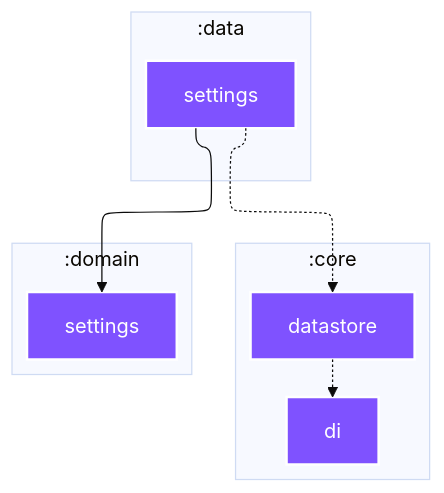
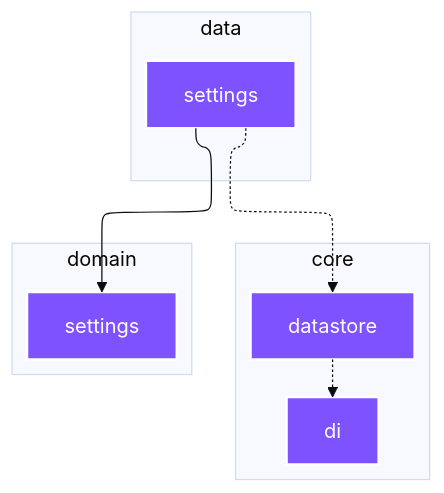
One commit to SimonMarquis/Android-Playground changed the diagram in data/settings/README.md. Above: the diagram before and after it, drawn with Mermaid (base theme). The commit also changed other lines of this file and 68 other files, not shown here.

````diff
--- a/data/settings/README.md
+++ b/data/settings/README.md
@@ -6,31 +6,31 @@
 ```mermaid
 ---
 config:
   layout: elk
   elk:
     nodePlacementStrategy: SIMPLE
 ---
 graph TB
-  subgraph :core
+  subgraph :core [core]
     direction TB
     :core:datastore[datastore]:::jvm
     :core:di[di]:::jvm
   end
-  subgraph :data
+  subgraph :data [data]
     direction TB
     :data:settings[settings]:::jvm
   end
-  subgraph :domain
+  subgraph :domain [domain]
     direction TB
     :domain:settings[settings]:::jvm
   end
 
   :core:datastore -.-> :core:di
   :data:settings -.-> :core:datastore
   :data:settings ---> :domain:settings
 
 classDef android-application fill:#2C4162,stroke:#fff,stroke-width:2px,color:#fff;
 classDef android-library fill:#3BD482,stroke:#fff,stroke-width:2px,color:#fff;
 classDef android-test fill:#3BD482,stroke:#fff,stroke-width:2px,color:#fff;
 classDef jvm fill:#7F52FF,stroke:#fff,stroke-width:2px,color:#fff;
 ```
````
